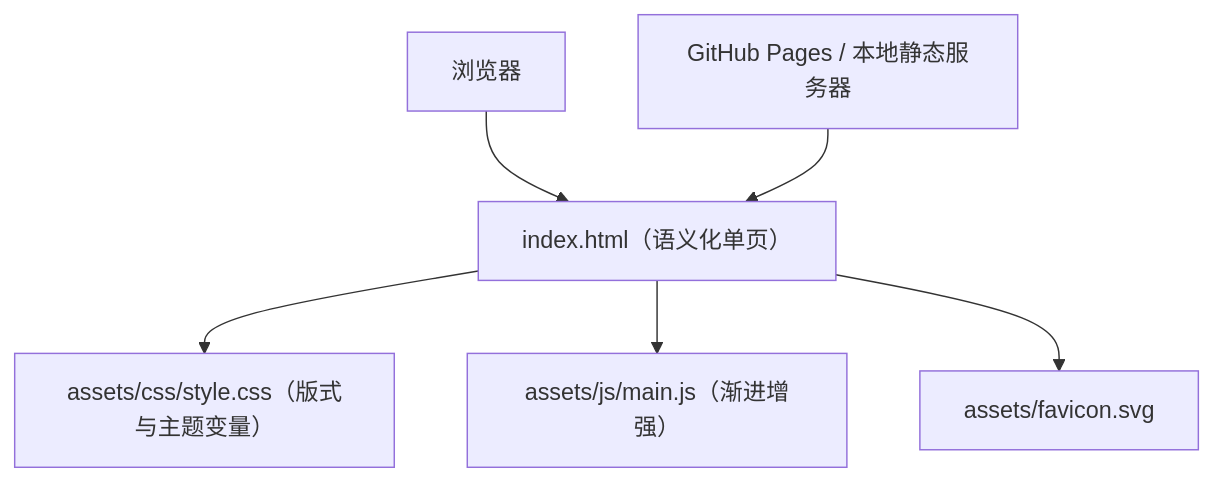
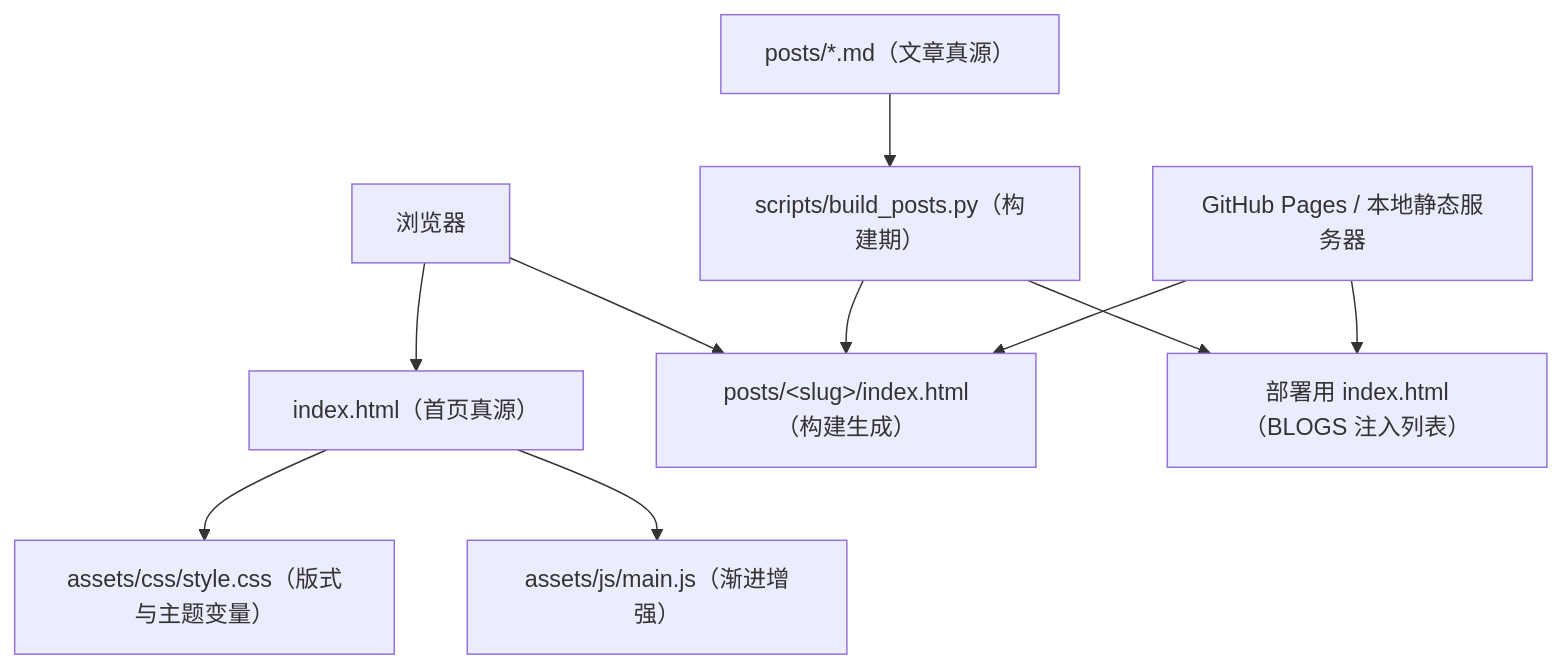
One commit to 4everSivan/4everSivan.github.io changed the diagram in docs/devel/design/00-系统总体设计.md. Above: the diagram before and after it, drawn with Mermaid. The commit also changed other lines of this file and 16 other files, not shown here.

Commit message:
feat(site): markdown blog pipeline with highlighted post pages (T02)

````diff
--- a/docs/devel/design/00-系统总体设计.md
+++ b/docs/devel/design/00-系统总体设计.md
@@ -47,8 +47,12 @@
 ```mermaid
 graph TD
-    Browser["浏览器"] --> Index["index.html（语义化单页）"]
+    Browser["浏览器"] --> Index["index.html（首页真源）"]
+    Browser --> Post["posts/&lt;slug&gt;/index.html（构建生成）"]
+    PostsMd["posts/*.md（文章真源）"] --> Build["scripts/build_posts.py（构建期）"]
+    Build --> Post
+    Build --> IndexOut["部署用 index.html（BLOGS 注入列表）"]
     Index --> CSS["assets/css/style.css（版式与主题变量）"]
     Index --> JS["assets/js/main.js（渐进增强）"]
-    Index --> Favicon["assets/favicon.svg"]
-    Host["GitHub Pages / 本地静态服务器"] --> Index
+    Host["GitHub Pages / 本地静态服务器"] --> IndexOut
+    Host --> Post
 ```
````
